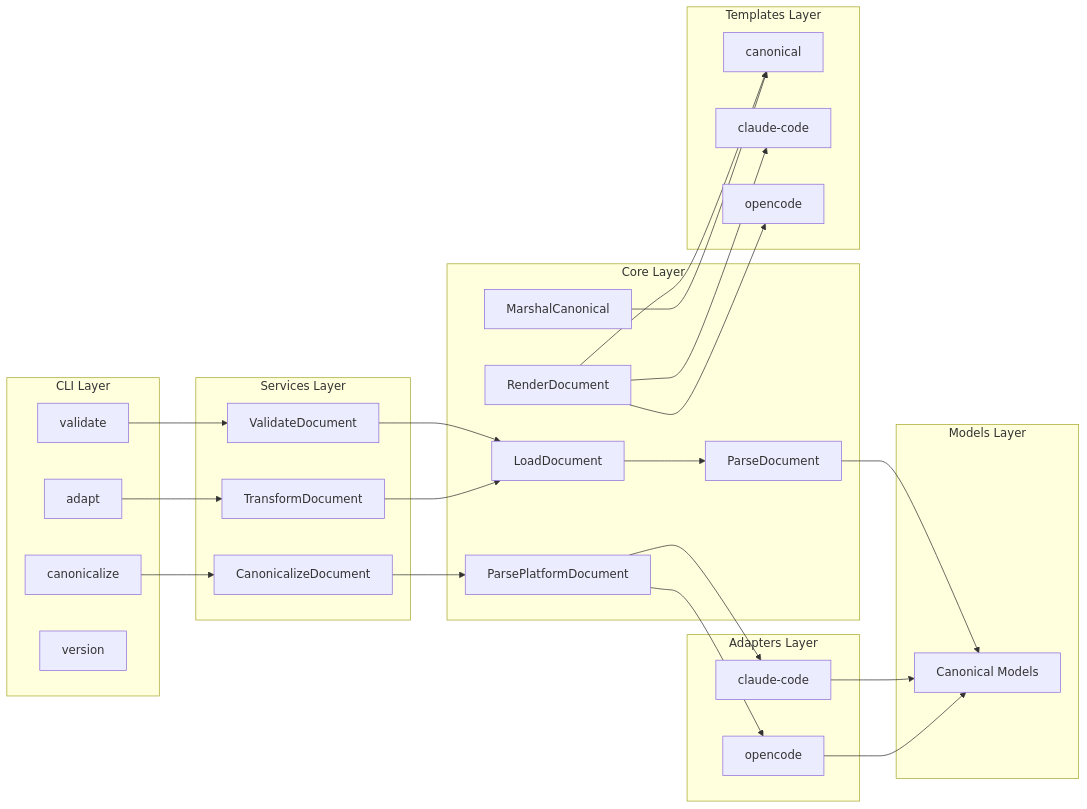
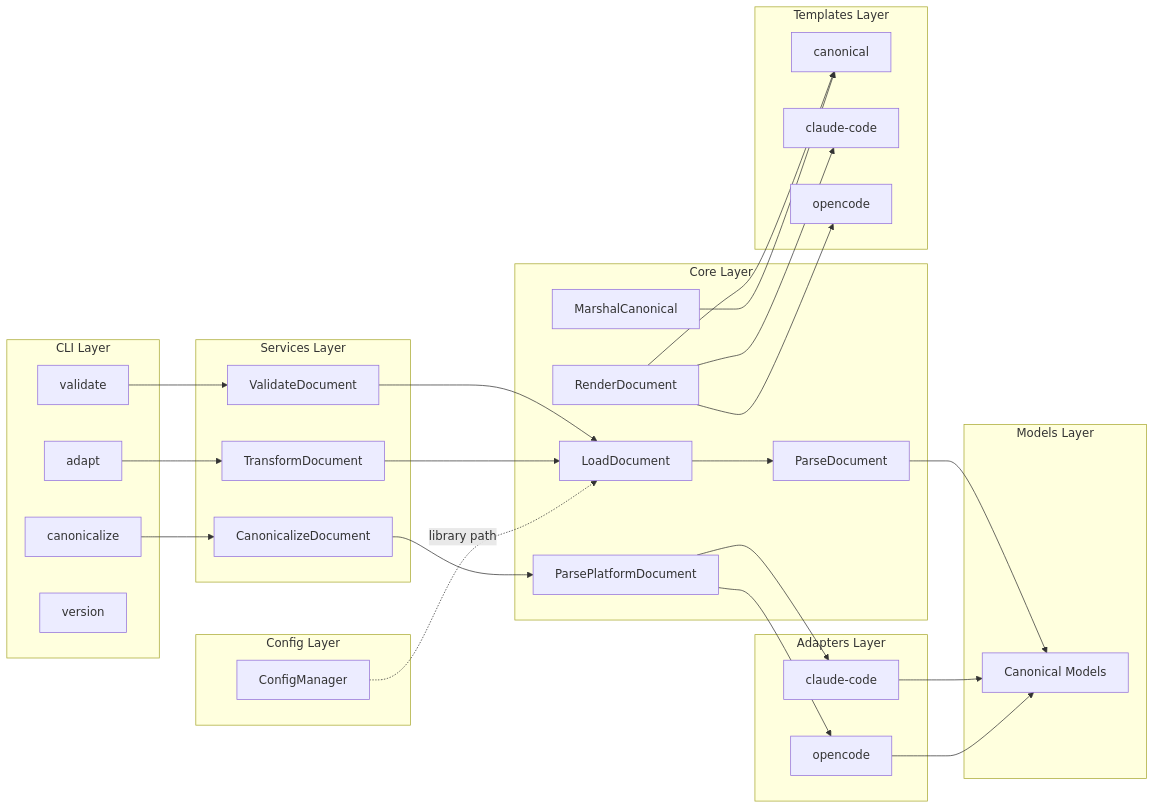
One commit to amauryconstant/germinator changed the first of 2 diagrams in AGENTS.md. Above: the diagram before and after it, drawn with Mermaid. The commit also changed other lines of this file and 2 other files, not shown here.

Commit message:
Document the configuration systems

````diff
--- a/AGENTS.md
+++ b/AGENTS.md
@@ -7,55 +7,60 @@
 ```mermaid
 graph LR
     subgraph CLI[CLI Layer]
         V[validate]
         A[adapt]
         C[canonicalize]
         VER[version]
     end
 
     subgraph SVC[Services Layer]
         SV[ValidateDocument]
         ST[TransformDocument]
         SC[CanonicalizeDocument]
     end
 
     subgraph CORE[Core Layer]
         L[LoadDocument]
         P[ParseDocument]
         R[RenderDocument]
         MP[ParsePlatformDocument]
         MC[MarshalCanonical]
     end
 
+    subgraph CFG[Config Layer]
+        CM[ConfigManager]
+    end
+
     subgraph ADP[Adapters Layer]
         ACC[claude-code]
         AOC[opencode]
     end
 
     subgraph MOD[Models Layer]
-        CM[Canonical Models]
+        MD[Canonical Models]
     end
 
     subgraph TPL[Templates Layer]
         TC[canonical]
         TCC[claude-code]
         TOC[opencode]
     end
 
     V --> SV
     A --> ST
     C --> SC
     SV --> L
     ST --> L
     SC --> MP
     L --> P
     R --> TC
     R --> TCC
     R --> TOC
     MC --> TC
-    P --> CM
+    P --> MD
     MP --> ACC
     MP --> AOC
-    ACC --> CM
-    AOC --> CM
+    ACC --> MD
+    AOC --> MD
+    CM -.->|library path| L
 ```
````
